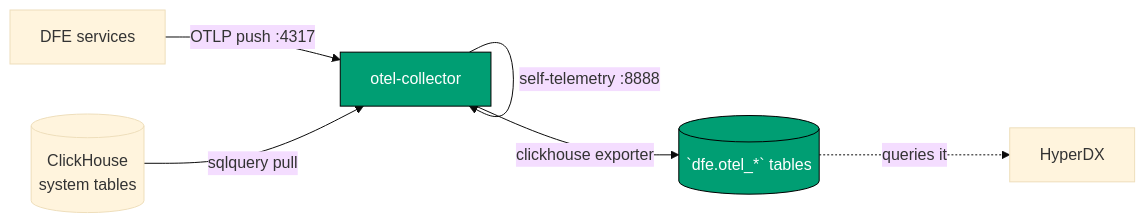
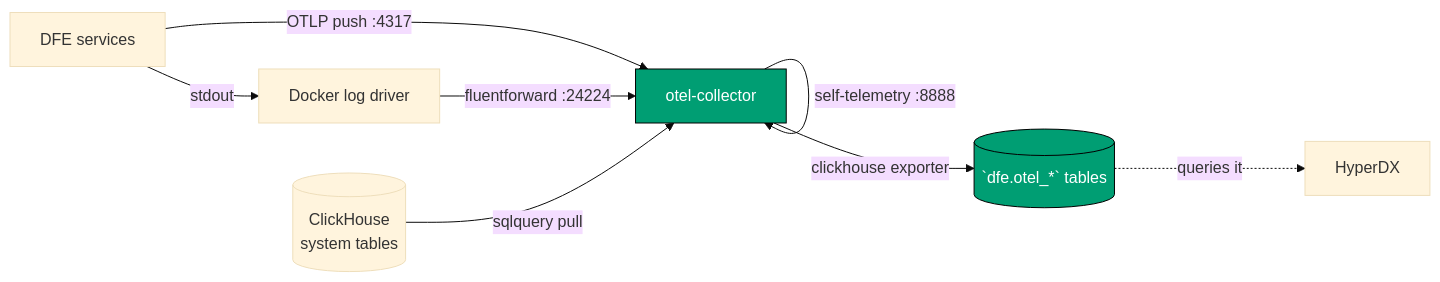
The diagram in docs/observability.md (hyperi-io/dfe-docker), drawn with Mermaid (base theme) before and after one commit. The commit also changed other lines of this file and 15 other files, not shown here.

````diff
--- a/docs/observability.md
+++ b/docs/observability.md
@@ -68,11 +68,13 @@
 ```mermaid
 flowchart LR
     apps["DFE services"] -->|OTLP push :4317| col["otel-collector"]
+    apps -->|stdout| drv["Docker log driver"]
+    drv -->|fluentforward :24224| col
     chsrv[("ClickHouse<br/>system tables")] -->|sqlquery pull| col
     col -->|self-telemetry :8888| col
     col -->|clickhouse exporter| ch[(`dfe.otel_*` tables)]
     ch -.->|queries it| hdx["HyperDX"]
 
     classDef on fill:#009E73,color:#ffffff,stroke:#000000
     class col,ch on
 ```
````
